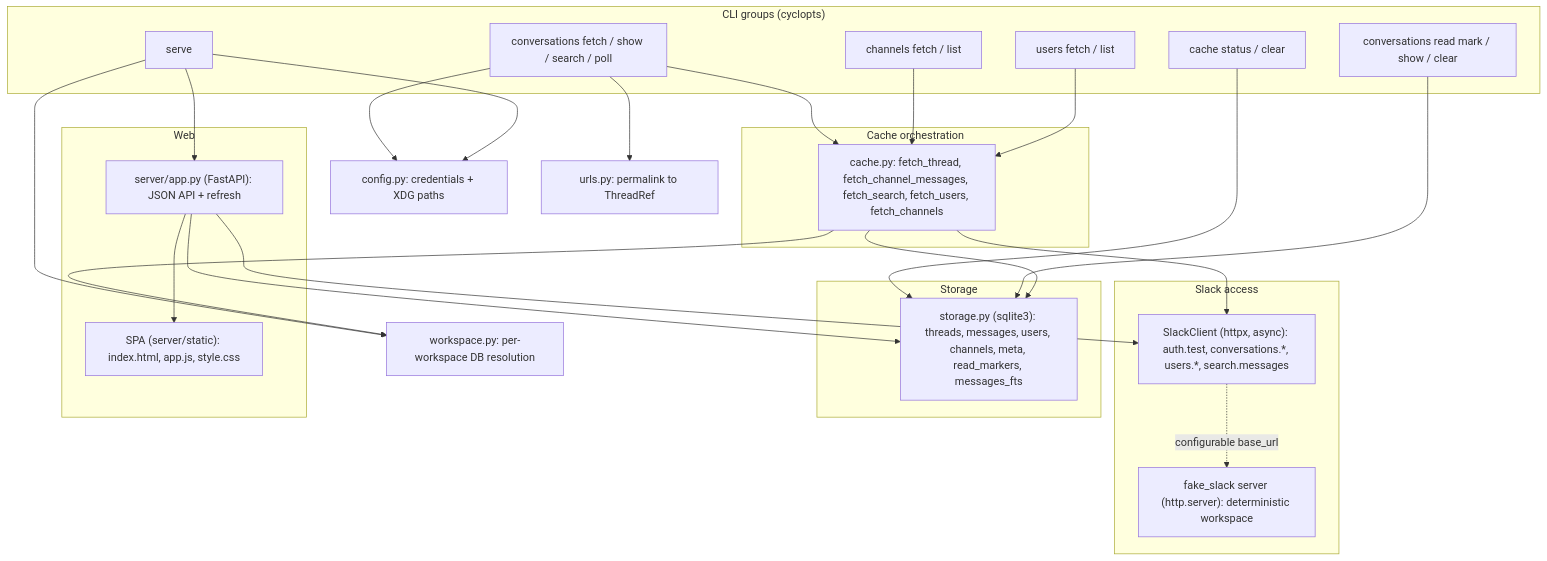
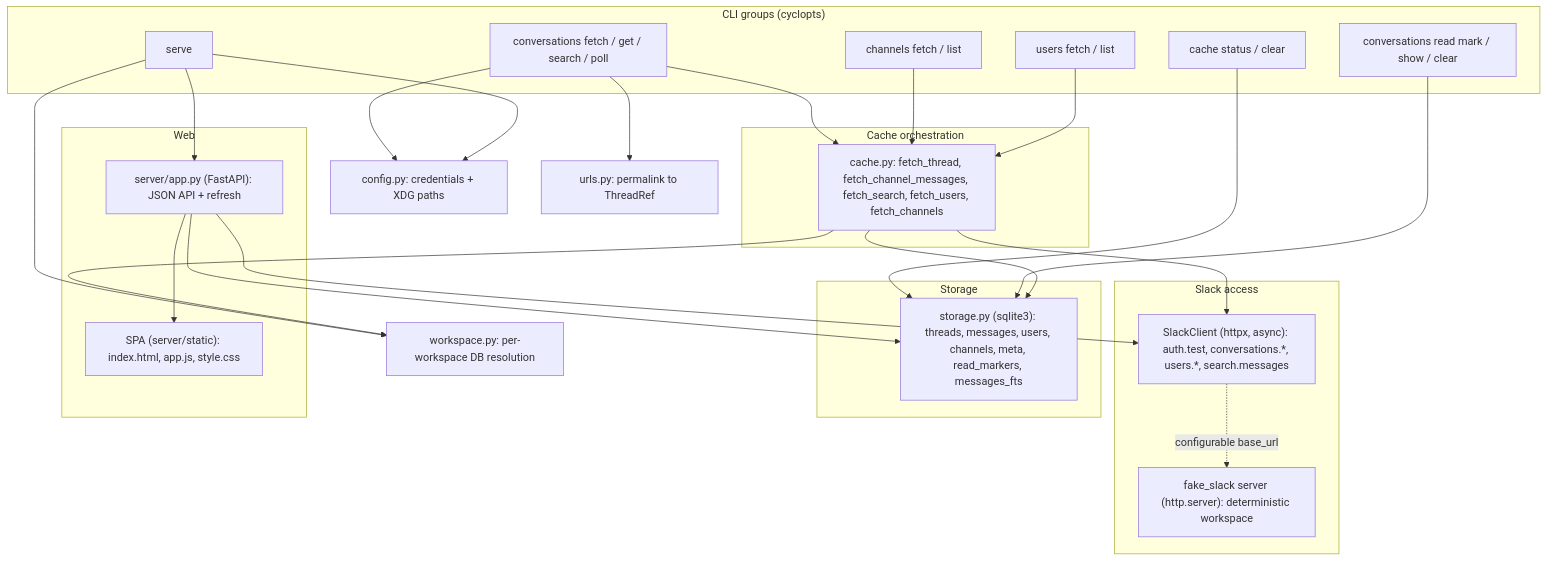
The first of 4 diagrams in .sdlc/context/architecture.md (TomzxCode/slackx), drawn with Mermaid before and after one commit. The commit also changed other lines of this file and 25 other files, not shown here.

First line of the commit message:
docs: document get commands and show aliases

````diff
--- a/.sdlc/context/architecture.md
+++ b/.sdlc/context/architecture.md
@@ -10,51 +10,51 @@
 ```mermaid
 flowchart TB
     subgraph CLI["CLI groups (cyclopts)"]
-        conv["conversations fetch / show / search / poll"]
+        conv["conversations fetch / get / search / poll"]
         chans["channels fetch / list"]
         usrs["users fetch / list"]
         caches["cache status / clear"]
         reads["conversations read mark / show / clear"]
         serve["serve"]
     end
 
     subgraph ORCH["Cache orchestration"]
         cache["cache.py: fetch_thread, fetch_channel_messages, fetch_search, fetch_users, fetch_channels"]
     end
 
     subgraph NET["Slack access"]
         client["SlackClient (httpx, async): auth.test, conversations.*, users.*, search.messages"]
         fake["fake_slack server (http.server): deterministic workspace"]
     end
 
     subgraph STORE["Storage"]
         storage["storage.py (sqlite3): threads, messages, users, channels, meta, read_markers, messages_fts"]
     end
 
     subgraph WEB["Web"]
         api["server/app.py (FastAPI): JSON API + refresh"]
         spa["SPA (server/static): index.html, app.js, style.css"]
     end
 
     cfg["config.py: credentials + XDG paths"]
     urls["urls.py: permalink to ThreadRef"]
     ws["workspace.py: per-workspace DB resolution"]
 
     conv --> cache
     chans --> cache
     usrs --> cache
     caches --> storage
     reads --> storage
     serve --> api
     cache --> client
     cache --> storage
     client -. "configurable base_url" .-> fake
     api --> storage
     api --> client
     api --> spa
     conv --> urls
     conv --> cfg
     serve --> cfg
     serve --> ws
     cache --> ws
 ```
````
